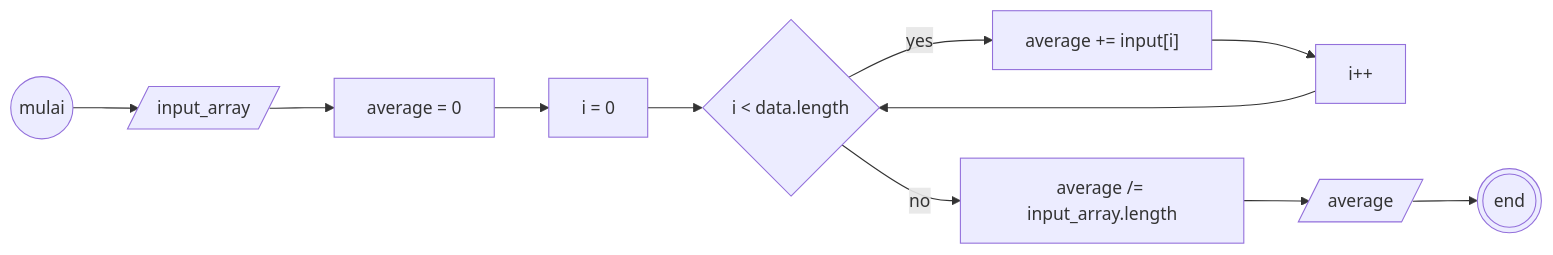
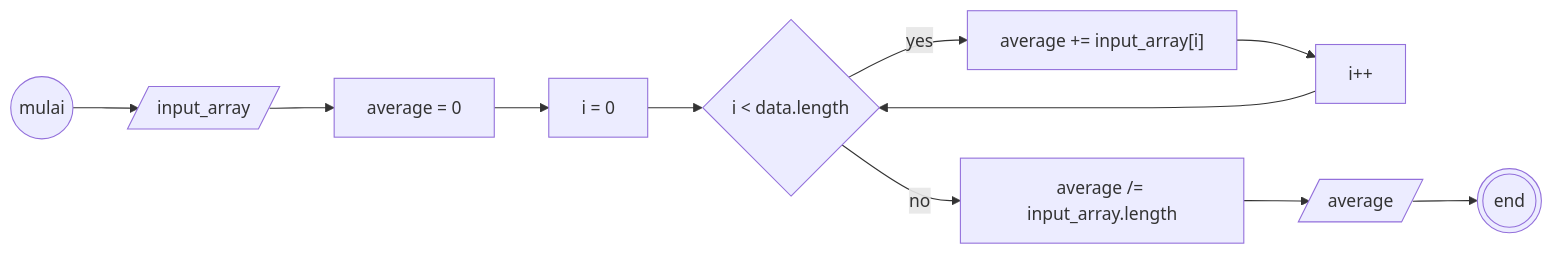
Before and after one commit to daberpro/koda-b10-javascript4: the third of 3 diagrams in README.md, drawn with Mermaid. The commit also changed other lines of this file, not shown here.

````diff
--- a/README.md
+++ b/README.md
@@ -72,34 +72,34 @@
 ```mermaid
 
 flowchart LR
     Start((mulai))
 
     InputArray[/input_array/]
     Avg[average = 0]
     AvgAssign[average /= input_array.length]
     
     
-    AssignAvg["average += input[i]"]
+    AssignAvg["average += input_array[i]"]
     
     I[i = 0]
     TambahI[i++]
     CekI{i < data.length}
 
     CetakHasil[/average/]
 
     End(((end)))
 
     Start --> InputArray
     InputArray --> Avg
 
     Avg --> I 
     I --> CekI
     CekI --> |yes|AssignAvg
     AssignAvg --> TambahI
     TambahI --> CekI
 
     CekI --> |no| AvgAssign
     AvgAssign --> CetakHasil
     CetakHasil --> End
 
 ```
````
